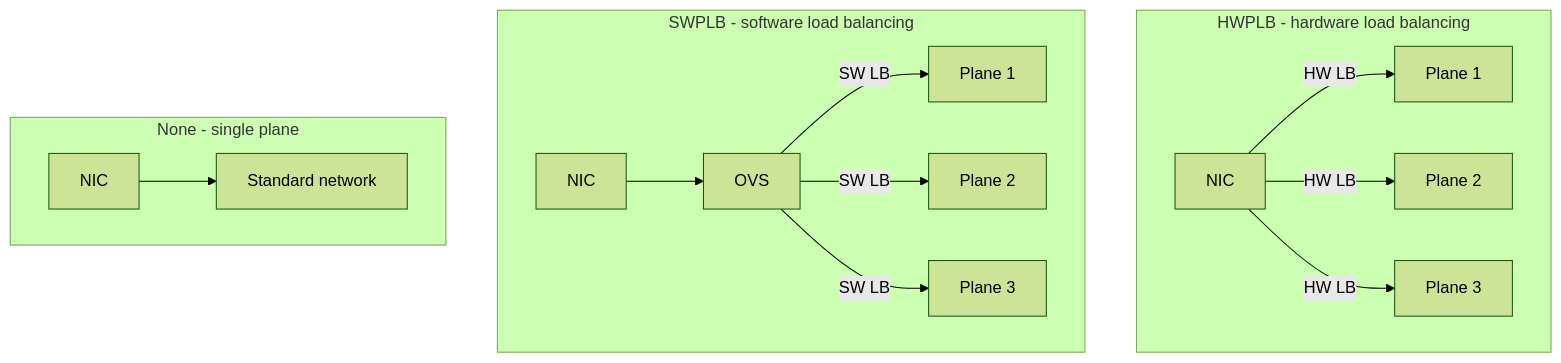
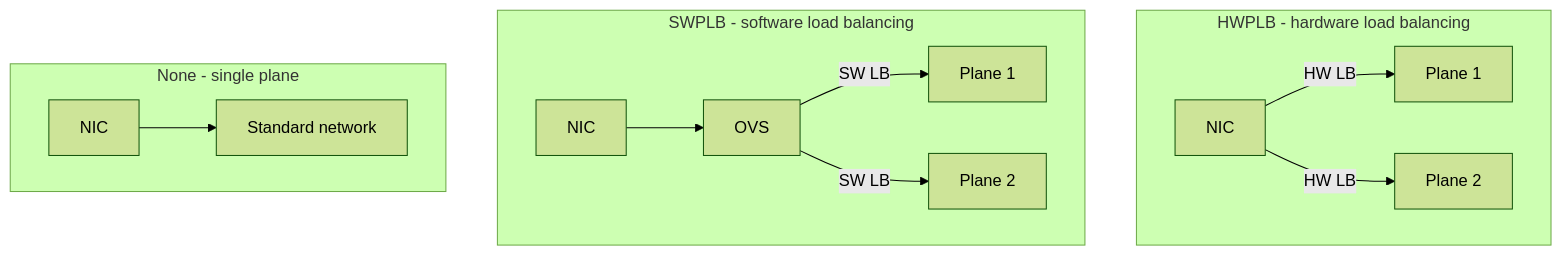
One commit to Mellanox/network-operator-docs changed the diagram in docs/k8s-launch-kit/profiles/spectrum-x.rst. Above: the diagram before and after it, drawn with Mermaid (forest theme). The commit also changed other lines of this file and 5 other files, not shown here.

```diff
--- a/docs/k8s-launch-kit/profiles/spectrum-x.rst
+++ b/docs/k8s-launch-kit/profiles/spectrum-x.rst
@@ -121,18 +125,16 @@
 .. mermaid::
 
    flowchart TB
        subgraph HWPLB[HWPLB - hardware load balancing]
            H_NIC[NIC]
            H_NIC -->|HW LB| H_P1[Plane 1]
            H_NIC -->|HW LB| H_P2[Plane 2]
-           H_NIC -->|HW LB| H_P3[Plane 3]
        end
        subgraph SWPLB[SWPLB - software load balancing]
            S_NIC[NIC] --> S_OVS[OVS]
            S_OVS -->|SW LB| S_P1[Plane 1]
            S_OVS -->|SW LB| S_P2[Plane 2]
-           S_OVS -->|SW LB| S_P3[Plane 3]
        end
        subgraph NONE[None - single plane]
            N_NIC[NIC] --> N_NET[Standard network]
        end
```
